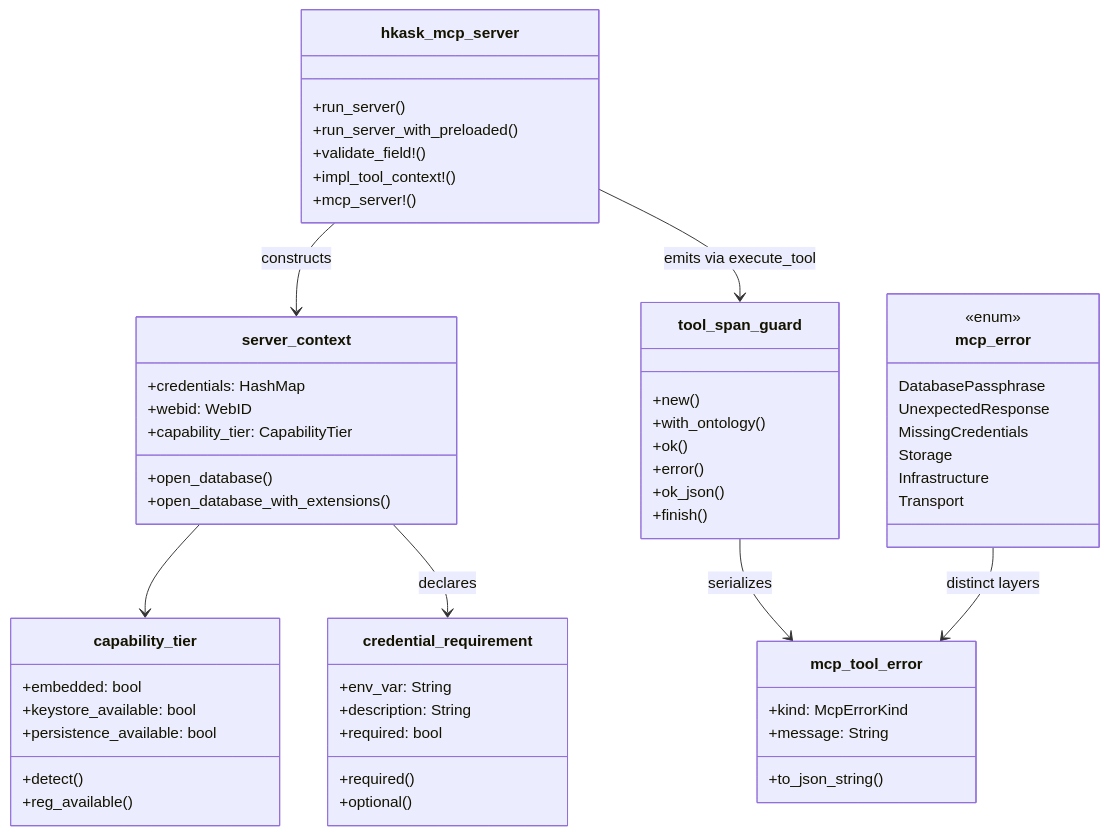
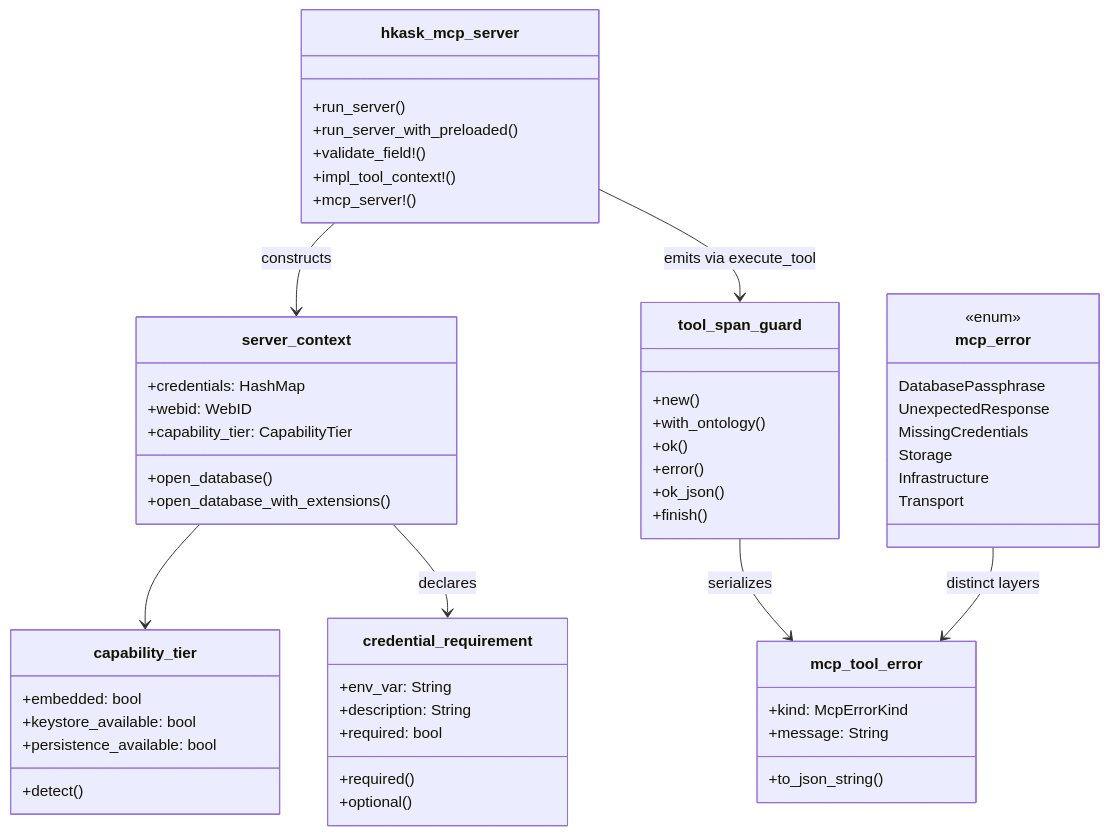
One commit to mdz-axo/zed-kask changed the diagram in kask/docs/diataxis/hkask-mcp-server/reference.md. Above: the diagram before and after it, drawn with Mermaid. The commit also changed other lines of this file and 22 other files, not shown here.

````diff
--- a/kask/docs/diataxis/hkask-mcp-server/reference.md
+++ b/kask/docs/diataxis/hkask-mcp-server/reference.md
@@ -27,59 +20,58 @@
 ```mermaid
 classDiagram
     class hkask_mcp_server {
         +run_server()
         +run_server_with_preloaded()
         +validate_field!()
         +impl_tool_context!()
         +mcp_server!()
     }
     class server_context {
         +credentials: HashMap
         +webid: WebID
         +capability_tier: CapabilityTier
         +open_database()
         +open_database_with_extensions()
     }
     class capability_tier {
         +embedded: bool
         +keystore_available: bool
         +persistence_available: bool
         +detect()
-        +reg_available()
     }
     class credential_requirement {
         +env_var: String
         +description: String
         +required: bool
         +required()
         +optional()
     }
     class tool_span_guard {
         +new()
         +with_ontology()
         +ok()
         +error()
         +ok_json()
         +finish()
     }
     class mcp_error {
         <<enum>>
         DatabasePassphrase
         UnexpectedResponse
         MissingCredentials
         Storage
         Infrastructure
         Transport
     }
     class mcp_tool_error {
         +kind: McpErrorKind
         +message: String
         +to_json_string()
     }
     hkask_mcp_server --> server_context : constructs
     server_context --> capability_tier
     server_context --> credential_requirement : declares
     hkask_mcp_server --> tool_span_guard : emits via execute_tool
     tool_span_guard --> mcp_tool_error : serializes
     mcp_error --> mcp_tool_error : distinct layers
 ```
````
